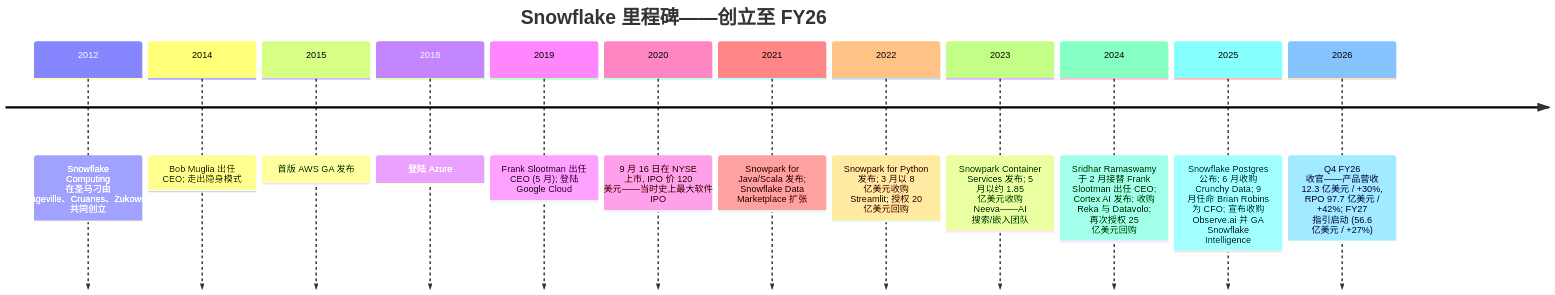
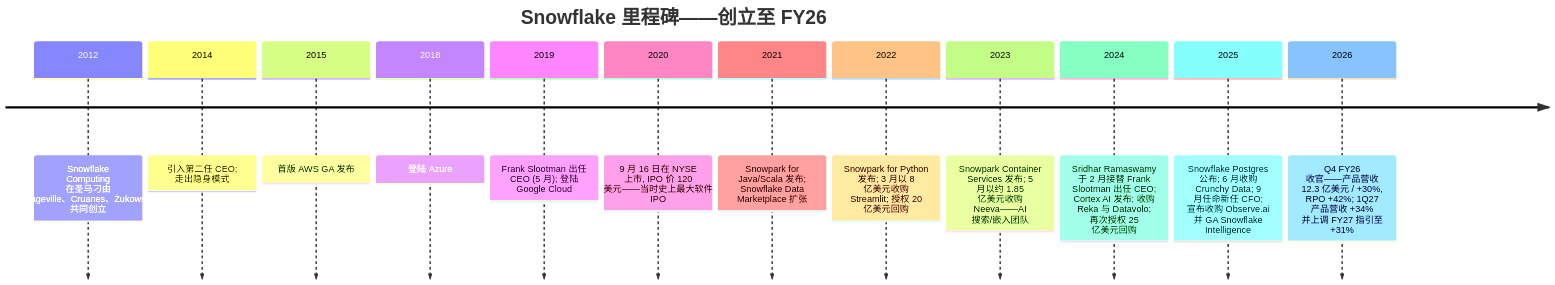
The first of 4 diagrams in reports/company/Snowflake_NYSE_SNOW/Snowflake_NYSE_SNOW_公司研究.md (dadachundan/financial_agent), drawn with Mermaid before and after one commit. The commit also changed other lines of this file and 9 other files, not shown here.

````diff
--- a/reports/company/Snowflake_NYSE_SNOW/Snowflake_NYSE_SNOW_公司研究.md
+++ b/reports/company/Snowflake_NYSE_SNOW/Snowflake_NYSE_SNOW_公司研究.md
@@ -75,16 +366,16 @@
 ```mermaid
 timeline
     title Snowflake 里程碑——创立至 FY26
     2012 : Snowflake Computing 在圣马刁由 Dageville、Cruanes、Żukowski 共同创立
-    2014 : Bob Muglia 出任 CEO; 走出隐身模式
+    2014 : 引入第二任 CEO; 走出隐身模式
     2015 : 首版 AWS GA 发布
     2018 : 登陆 Azure
     2019 : Frank Slootman 出任 CEO (5 月); 登陆 Google Cloud
     2020 : 9 月 16 日在 NYSE 上市, IPO 价 120 美元——当时史上最大软件 IPO
     2021 : Snowpark for Java/Scala 发布; Snowflake Data Marketplace 扩张
     2022 : Snowpark for Python 发布; 3 月以 8 亿美元收购 Streamlit; 授权 20 亿美元回购
     2023 : Snowpark Container Services 发布; 5 月以约 1.85 亿美元收购 Neeva——AI 搜索/嵌入团队
     2024 : Sridhar Ramaswamy 于 2 月接替 Frank Slootman 出任 CEO; Cortex AI 发布; 收购 Reka 与 Datavolo; 再次授权 25 亿美元回购
-    2025 : Snowflake Postgres 公布; 6 月收购 Crunchy Data; 9 月任命 Brian Robins 为 CFO; 宣布收购 Observe.ai 并 GA Snowflake Intelligence
-    2026 : Q4 FY26 收官——产品营收 12.3 亿美元 / +30%, RPO 97.7 亿美元 / +42%; FY27 指引启动 (56.6 亿美元 / +27%)
+    2025 : Snowflake Postgres 公布; 6 月收购 Crunchy Data; 9 月任命新任 CFO; 宣布收购 Observe.ai 并 GA Snowflake Intelligence
+    2026 : Q4 FY26 收官——产品营收 12.3 亿美元 / +30%, RPO +42%; 1Q27 产品营收 +34% 并上调 FY27 指引至 +31%
 ```
````
